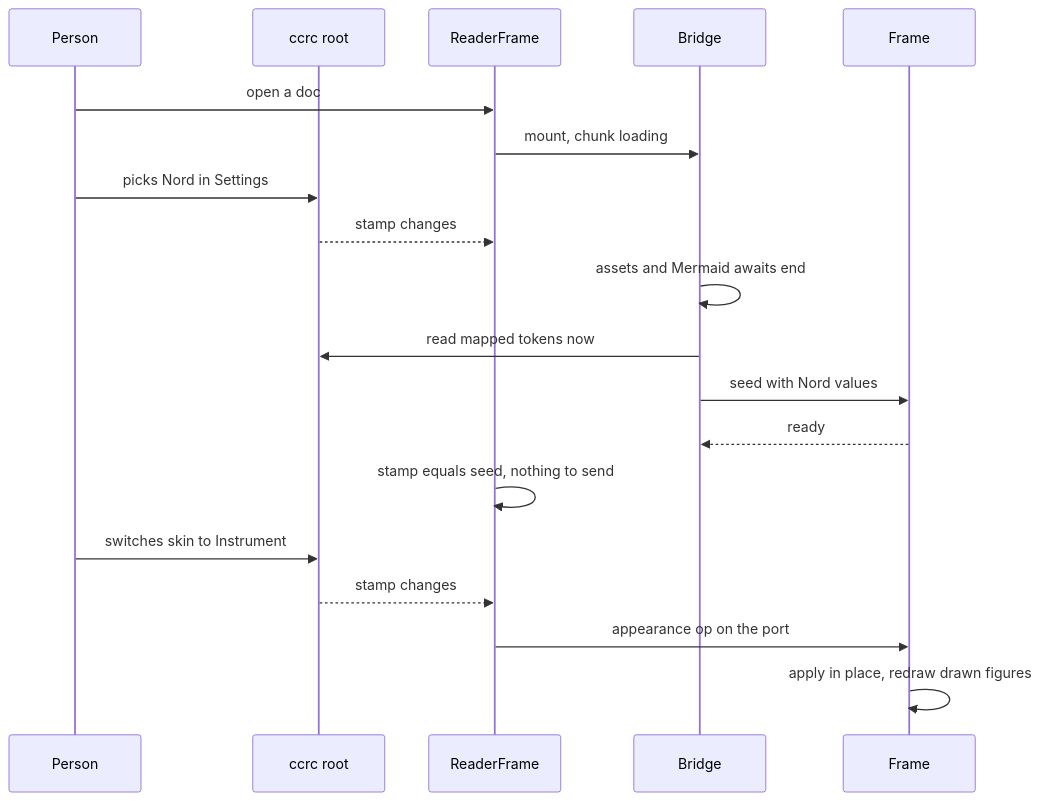
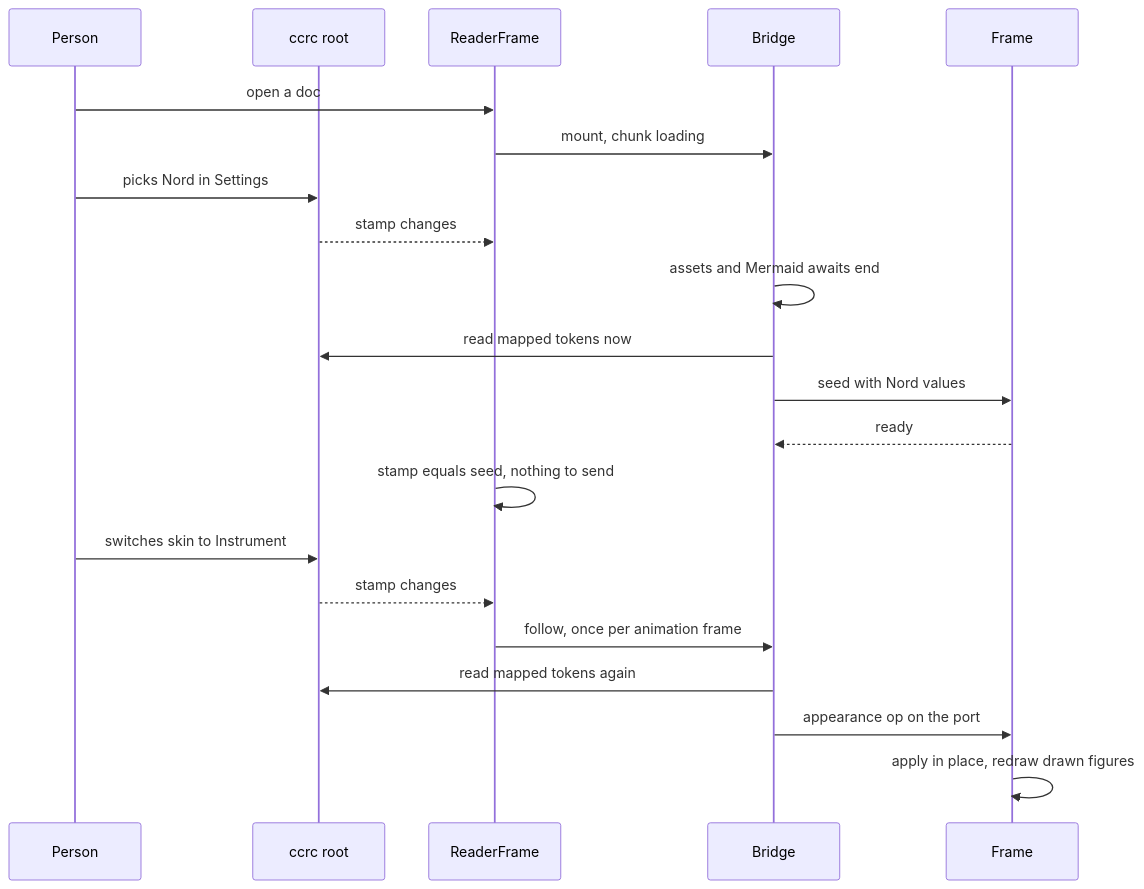
One commit to Synapsium-Labs/ccrc-pwa changed the third of 3 diagrams in docs/superpowers/specs/2026-11-18-native-docs-appearance-continuity-design.md. Above: the diagram before and after it, drawn with Mermaid. The commit also changed other lines of this file, not shown here.

First line of the commit message:
docs(spec): X1 FR2 A4, Figure 3 through the bridge, Figure 1 by the defined term

````diff
--- a/docs/superpowers/specs/2026-11-18-native-docs-appearance-continuity-design.md
+++ b/docs/superpowers/specs/2026-11-18-native-docs-appearance-continuity-design.md
@@ -229,21 +229,23 @@
 ```mermaid
 sequenceDiagram
   participant U as Person
   participant H as ccrc root
   participant RF as ReaderFrame
   participant B as Bridge
   participant F as Frame
   U->>RF: open a doc
   RF->>B: mount, chunk loading
   U->>H: picks Nord in Settings
   H-->>RF: stamp changes
   B->>B: assets and Mermaid awaits end
   B->>H: read mapped tokens now
   B->>F: seed with Nord values
   F-->>B: ready
   RF->>RF: stamp equals seed, nothing to send
   U->>H: switches skin to Instrument
   H-->>RF: stamp changes
-  RF->>F: appearance op on the port
+  RF->>B: follow, once per animation frame
+  B->>H: read mapped tokens again
+  B->>F: appearance op on the port
   F->>F: apply in place, redraw drawn figures
 ```
````
